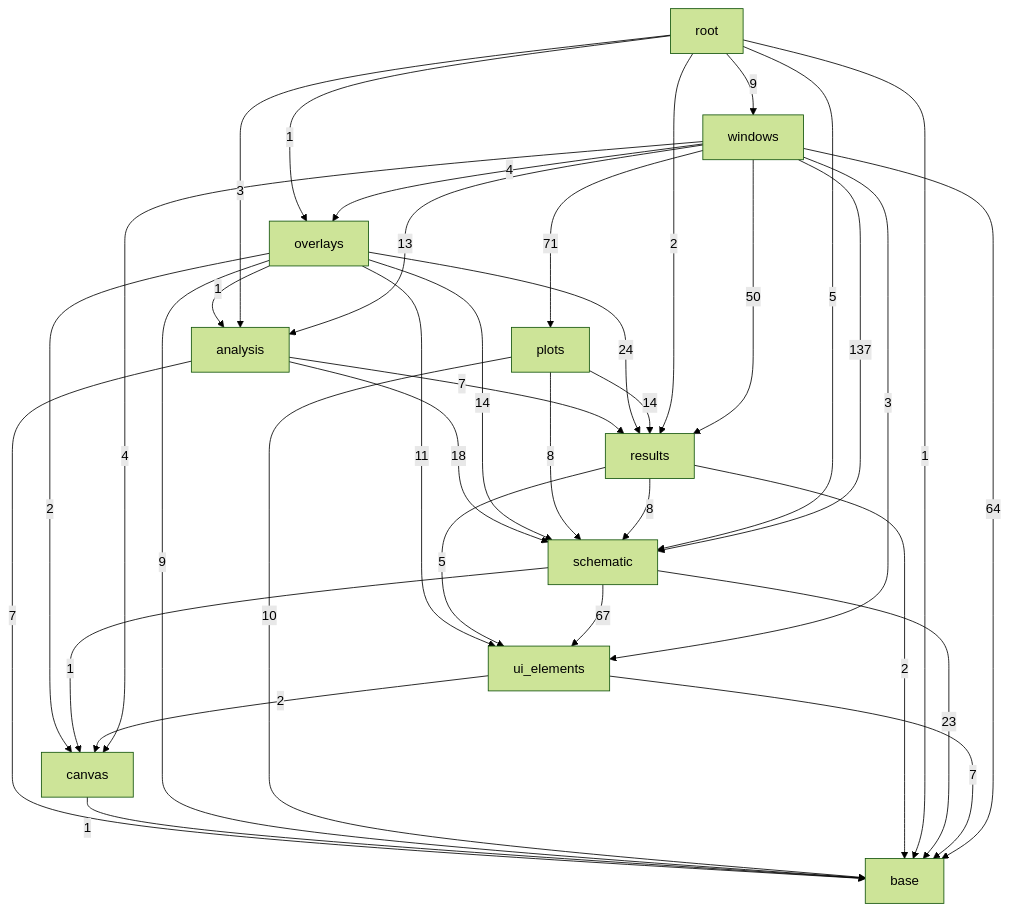
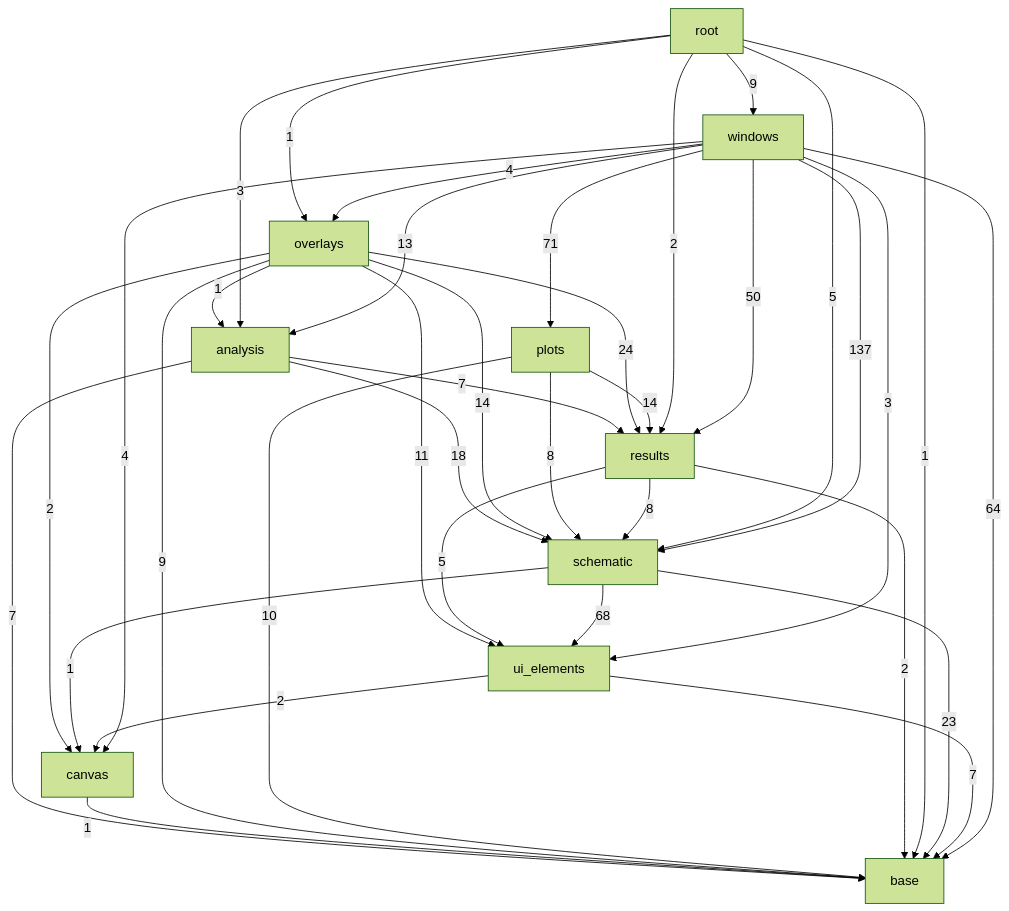
The third of 3 diagrams in docs/architecture.md (ronnymilleo/imcsim), drawn with Mermaid (forest theme) before and after one commit. The commit also changed other lines of this file and 4 other files, not shown here.

````diff
--- a/docs/architecture.md
+++ b/docs/architecture.md
@@ -56,48 +56,48 @@
 ```mermaid
 flowchart TD
     app_gui_base[base]
     app_gui_canvas[canvas]
     app_gui_ui_elements[ui_elements]
     app_gui_schematic[schematic]
     app_gui_results[results]
     app_gui_analysis[analysis]
     app_gui_plots[plots]
     app_gui_overlays[overlays]
     app_gui_windows[windows]
     app_gui_root[root]
     app_gui_analysis -->|7| app_gui_base
     app_gui_analysis -->|7| app_gui_results
     app_gui_analysis -->|18| app_gui_schematic
     app_gui_canvas -->|1| app_gui_base
     app_gui_overlays -->|1| app_gui_analysis
     app_gui_overlays -->|9| app_gui_base
     app_gui_overlays -->|2| app_gui_canvas
     app_gui_overlays -->|24| app_gui_results
     app_gui_overlays -->|14| app_gui_schematic
     app_gui_overlays -->|11| app_gui_ui_elements
     app_gui_plots -->|10| app_gui_base
     app_gui_plots -->|14| app_gui_results
     app_gui_plots -->|8| app_gui_schematic
     app_gui_results -->|2| app_gui_base
     app_gui_results -->|8| app_gui_schematic
     app_gui_results -->|5| app_gui_ui_elements
     app_gui_root -->|3| app_gui_analysis
     app_gui_root -->|1| app_gui_base
     app_gui_root -->|1| app_gui_overlays
     app_gui_root -->|2| app_gui_results
     app_gui_root -->|5| app_gui_schematic
     app_gui_root -->|9| app_gui_windows
     app_gui_schematic -->|23| app_gui_base
     app_gui_schematic -->|1| app_gui_canvas
-    app_gui_schematic -->|67| app_gui_ui_elements
+    app_gui_schematic -->|68| app_gui_ui_elements
     app_gui_ui_elements -->|7| app_gui_base
     app_gui_ui_elements -->|2| app_gui_canvas
     app_gui_windows -->|13| app_gui_analysis
     app_gui_windows -->|64| app_gui_base
     app_gui_windows -->|4| app_gui_canvas
     app_gui_windows -->|4| app_gui_overlays
     app_gui_windows -->|71| app_gui_plots
     app_gui_windows -->|50| app_gui_results
     app_gui_windows -->|137| app_gui_schematic
     app_gui_windows -->|3| app_gui_ui_elements
 ```
````
